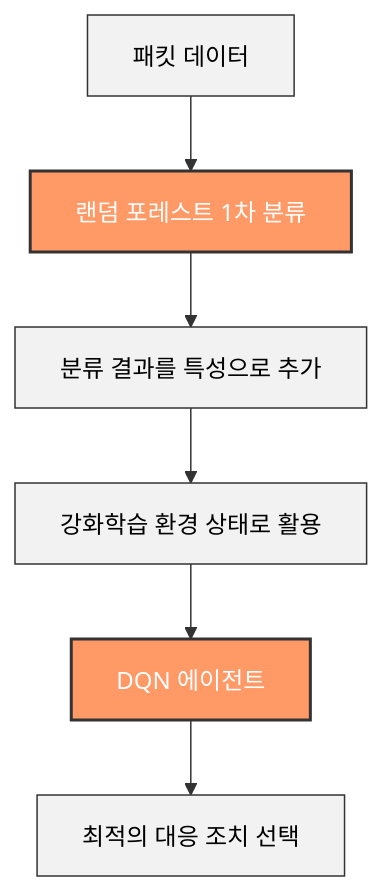
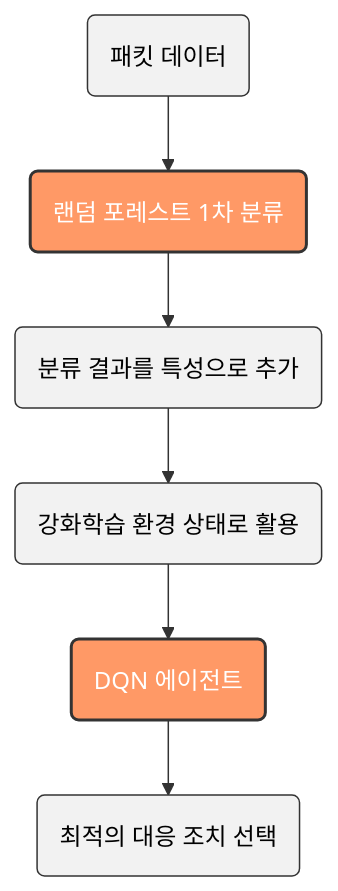
One commit to Es5724/Intrusion_DetectionSystem_AIagent changed the second of 4 diagrams in README.md. Above: the diagram before and after it, drawn with Mermaid. The commit also changed other lines of this file, not shown here.

````diff
--- a/README.md
+++ b/README.md
@@ -177,13 +90,14 @@
 ```mermaid
 flowchart TD
-    packet["패킷 데이터"] --> rf["랜덤 포레스트 1차 분류"]
-    rf --> feature["분류 결과를 특성으로 추가"]
-    feature --> state["강화학습 환경 상태로 활용"]
-    state --> dqn["DQN 에이전트"]
-    dqn --> action["최적의 대응 조치 선택"]
+    A("패킷 데이터") --> B("랜덤 포레스트 1차 분류")
+    B --> C("분류 결과를 특성으로 추가")
+    C --> D("강화학습 환경 상태로 활용")
+    D --> E("DQN 에이전트")
+    E --> F("최적의 대응 조치 선택")
     
-    classDef highlight fill:#f96,stroke:#333,stroke-width:2px,color:white;
-    classDef normal fill:#f2f2f2,stroke:#333,stroke-width:1px,color:black;
-    class dqn,rf highlight
-    class packet,feature,state,action normal
+    classDef primary fill:#f96,color:#fff,stroke:#333,stroke-width:2px;
+    classDef secondary fill:#f2f2f2,color:#000,stroke:#333,stroke-width:1px;
+    
+    class B,E primary;
+    class A,C,D,F secondary;
 ```
````
